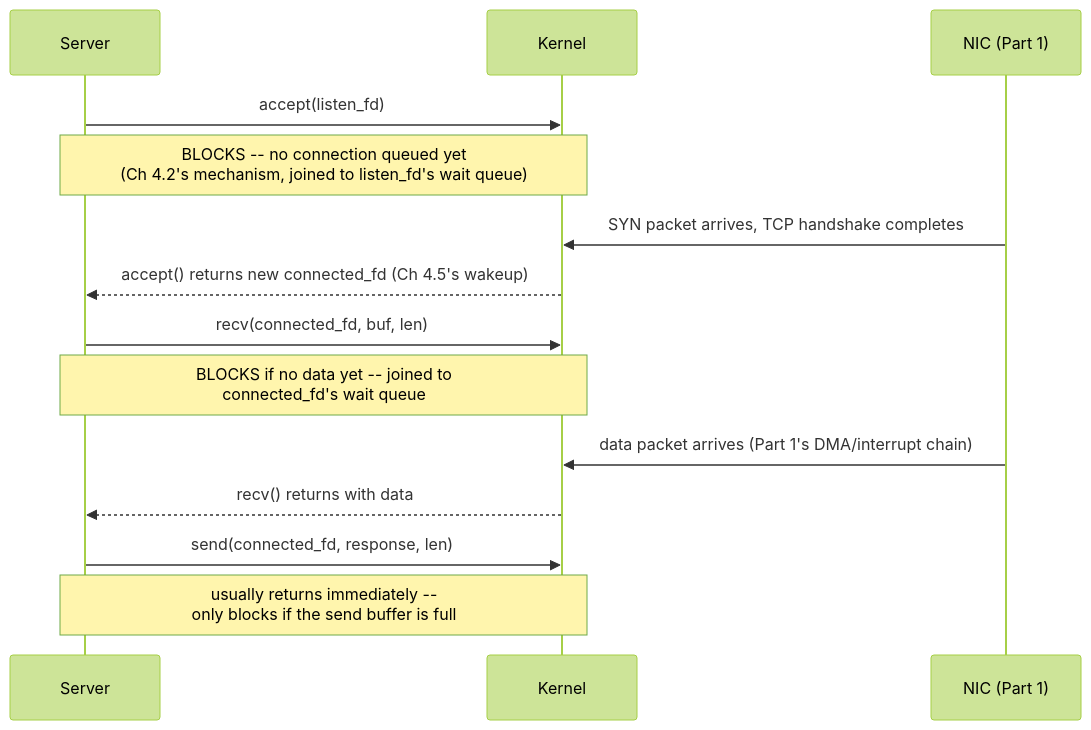
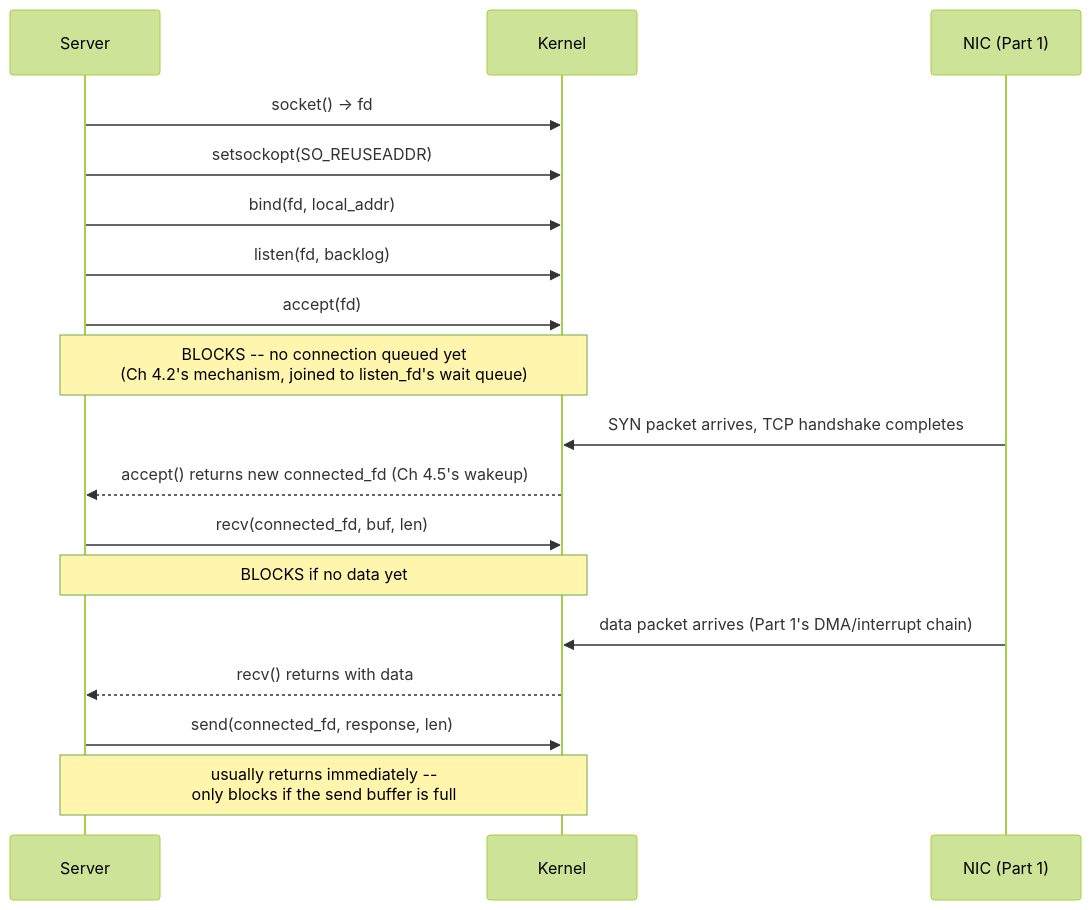
The second of 2 diagrams in docs/en/io/4_blockingio/7_blocking_socket_io.md (a-ZINC/Cherno-CPP-Notes), drawn with Mermaid (forest theme) before and after one commit. The commit also changed other lines of this file, not shown here.

````diff
--- a/docs/en/io/4_blockingio/7_blocking_socket_io.md
+++ b/docs/en/io/4_blockingio/7_blocking_socket_io.md
@@ -37,19 +174,21 @@
 ```mermaid
 sequenceDiagram
     participant Server
     participant Kernel
     participant NIC as NIC (Part 1)
 
-    Server->>Kernel: accept(listen_fd)
+    Server->>Kernel: socket() -> fd
+    Server->>Kernel: setsockopt(SO_REUSEADDR)
+    Server->>Kernel: bind(fd, local_addr)
+    Server->>Kernel: listen(fd, backlog)
+    Server->>Kernel: accept(fd)
     Note over Server,Kernel: BLOCKS -- no connection queued yet<br/>(Ch 4.2's mechanism, joined to listen_fd's wait queue)
     NIC->>Kernel: SYN packet arrives, TCP handshake completes
     Kernel-->>Server: accept() returns new connected_fd (Ch 4.5's wakeup)
-
     Server->>Kernel: recv(connected_fd, buf, len)
-    Note over Server,Kernel: BLOCKS if no data yet -- joined to<br/>connected_fd's wait queue
+    Note over Server,Kernel: BLOCKS if no data yet
     NIC->>Kernel: data packet arrives (Part 1's DMA/interrupt chain)
     Kernel-->>Server: recv() returns with data
-
     Server->>Kernel: send(connected_fd, response, len)
     Note over Server,Kernel: usually returns immediately --<br/>only blocks if the send buffer is full
 ```
````
